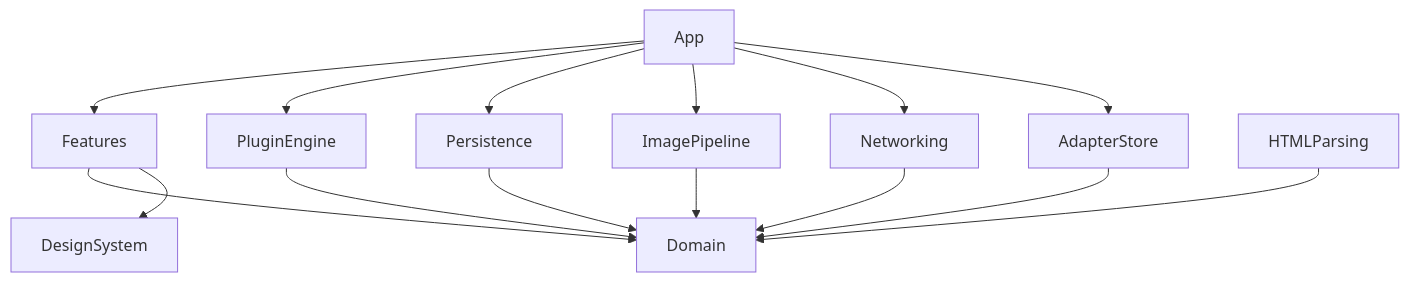
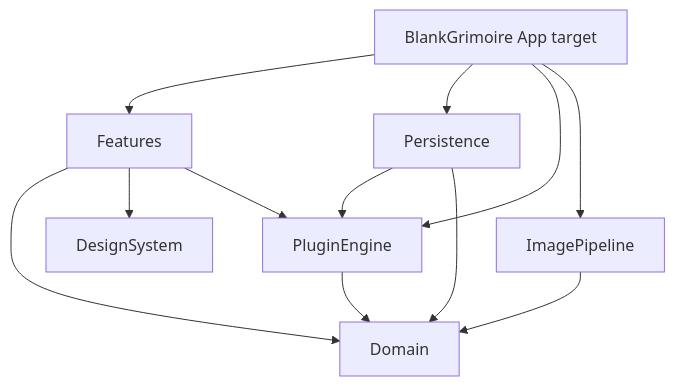
One commit to BlankGrimoire/BlankGrimoire-iOS changed the first of 3 diagrams in docs/ARCHITECTURE.md. Above: the diagram before and after it, drawn with Mermaid. The commit also changed other lines of this file and 8 other files, not shown here.

First line of the commit message:
docs(ios): document the F5 architecture decisions

````diff
--- a/docs/ARCHITECTURE.md
+++ b/docs/ARCHITECTURE.md
@@ -32,17 +32,14 @@
 ```mermaid
 graph TD
-  App --> Features
+  App[BlankGrimoire App target] --> Features
+  App --> Persistence
   App --> PluginEngine
-  App --> Persistence
   App --> ImagePipeline
-  App --> Networking
-  App --> AdapterStore
   Features --> Domain
   Features --> DesignSystem
+  Features --> PluginEngine
   PluginEngine --> Domain
+  Persistence --> PluginEngine
   Persistence --> Domain
   ImagePipeline --> Domain
-  Networking --> Domain
-  AdapterStore --> Domain
-  HTMLParsing --> Domain
 ```
````
